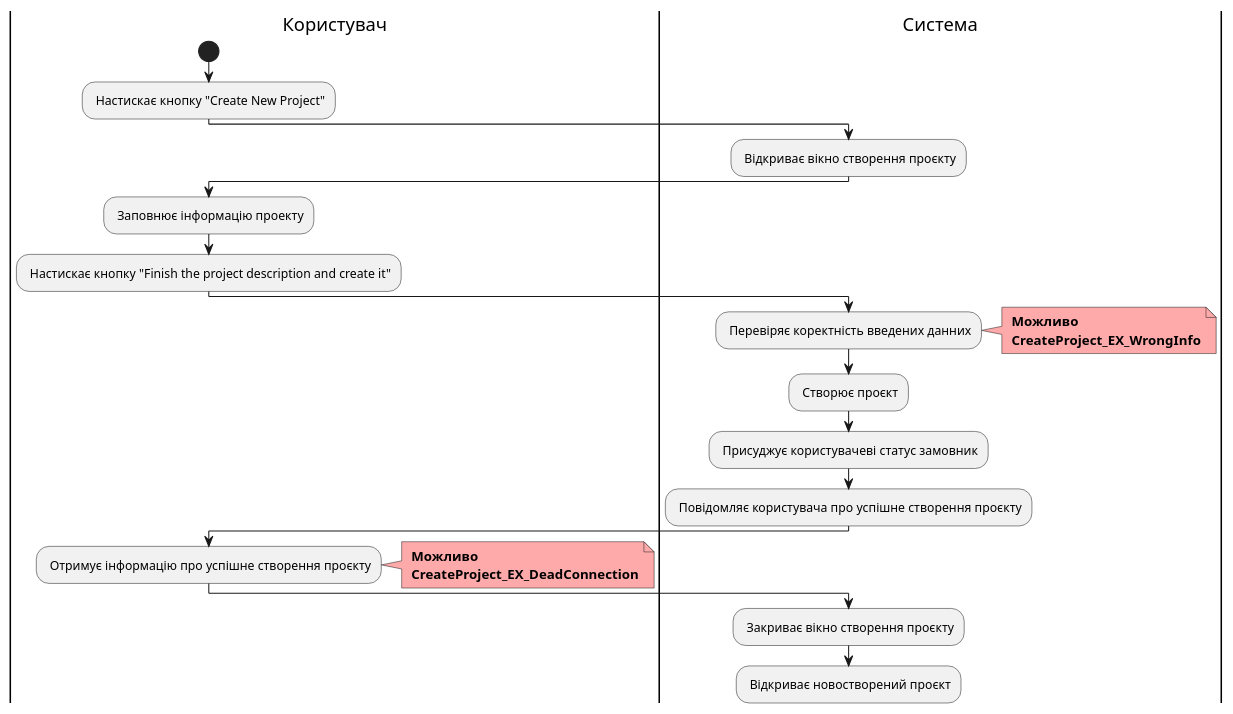
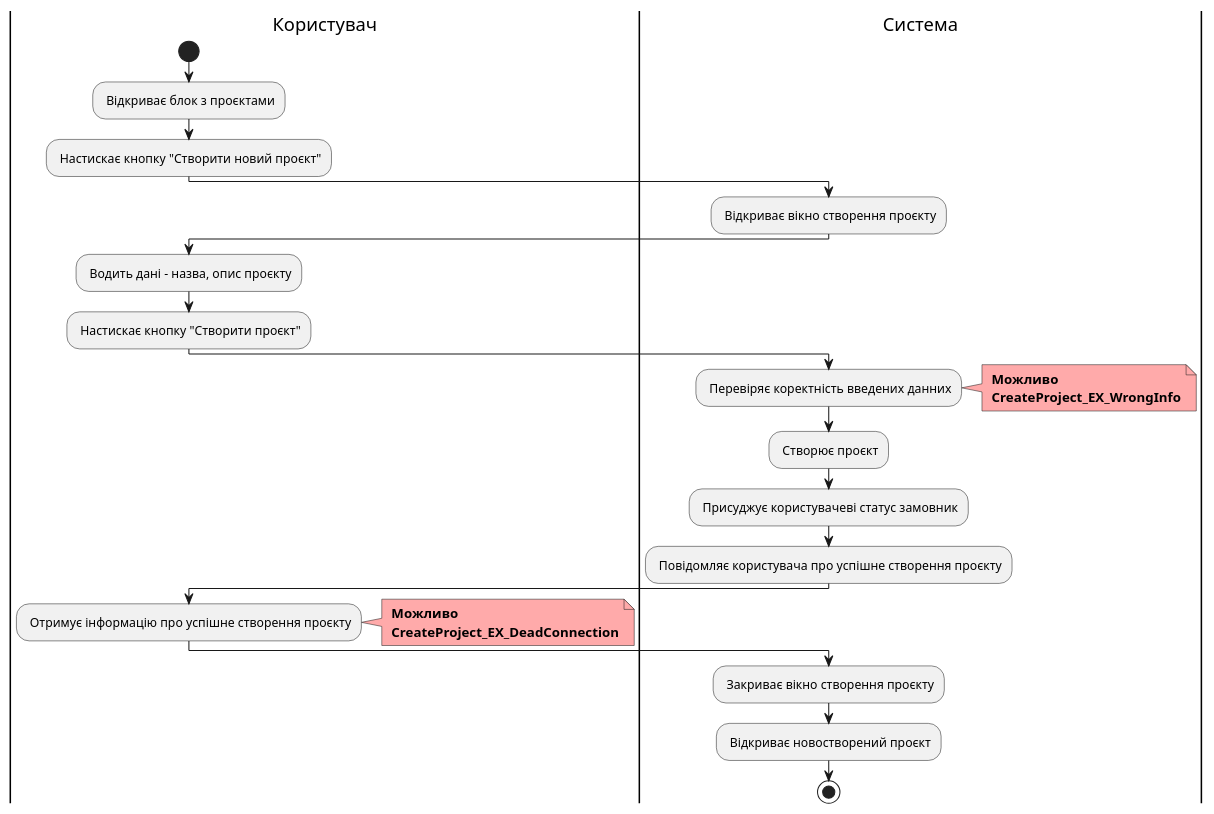
The eighth of 19 diagrams in docs/use cases/README.md (boldak/edu-db-cw), drawn with PlantUML before and after one commit. The commit also changed other lines of this file and 1 other file, not shown here.

```diff
--- a/docs/use cases/README.md
+++ b/docs/use cases/README.md
@@ -442,45 +442,49 @@
 @startuml
 
     |Користувач|
         start
-        : Настискає кнопку "Create New Project";
+        : Відкриває блок з проєктами;
+
+    |Користувач|
+        : Настискає кнопку "Створити новий проєкт";
         
     |Система|
         : Відкриває вікно створення проєкту;
         
     |Користувач|
-        : Заповнює інформацію проекту;
+        : Водить дані - назва, опис проєкту;
 
     |Користувач|
-        : Настискає кнопку "Finish the project description and create it";
+        : Настискає кнопку "Створити проєкт";
         
     |Система|
         : Перевіряє коректність введених данних;
         note right #ffaaaa
         <b> Можливо
         <b> CreateProject_EX_WrongInfo
         end note
 
     |Система|
         : Створює проєкт;
         
     |Система|
         : Присуджує користувачеві статус замовник;
 
     |Система|
         : Повідомляє користувача про успішне створення проєкту;
 
     |Користувач|
         : Отримує інформацію про успішне створення проєкту;
         note right #ffaaaa
         <b> Можливо
         <b> CreateProject_EX_DeadConnection
         end note
 
     |Система|
         : Закриває вікно створення проєкту;
 
     |Система|
         : Відкриває новостворений проєкт;
+        stop;
 
 @enduml
```
